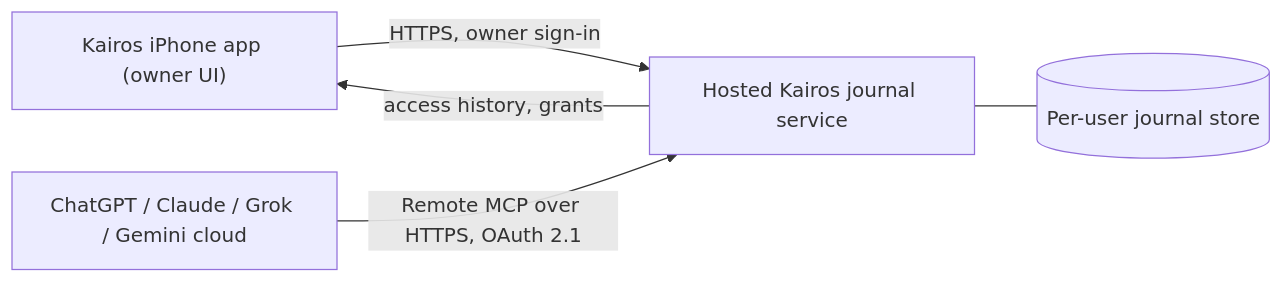
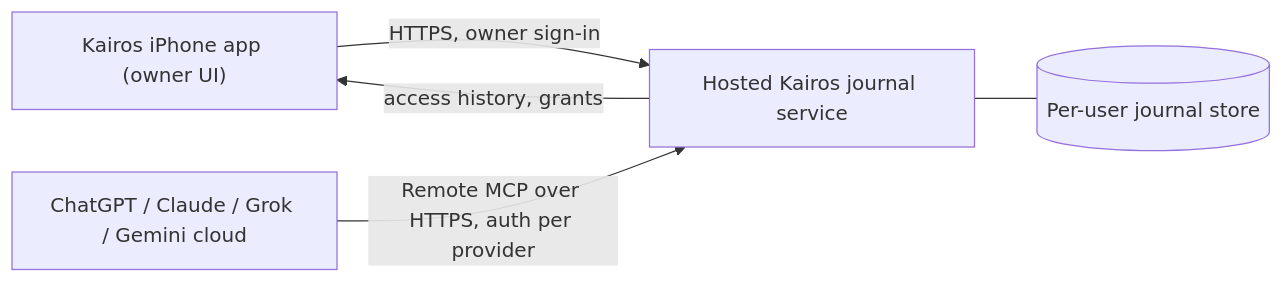
One commit to Steffan005/Kairos-Bridge-AI-Journal changed the diagram in docs/iphone-testflight-v1.md. Above: the diagram before and after it, drawn with Mermaid. The commit also changed other lines of this file, not shown here.

Commit message:
docs: clarify provider auth/disconnect and project-continuation branch status

````diff
--- a/docs/iphone-testflight-v1.md
+++ b/docs/iphone-testflight-v1.md
@@ -28,7 +30,7 @@
 ```mermaid
 flowchart LR
   P["Kairos iPhone app (owner UI)"] -->|"HTTPS, owner sign-in"| H["Hosted Kairos journal service"]
   H --- DB[("Per-user journal store")]
-  C["ChatGPT / Claude / Grok / Gemini cloud"] -->|"Remote MCP over HTTPS, OAuth 2.1"| H
+  C["ChatGPT / Claude / Grok / Gemini cloud"] -->|"Remote MCP over HTTPS, auth per provider"| H
   H -->|"access history, grants"| P
 ```
````
